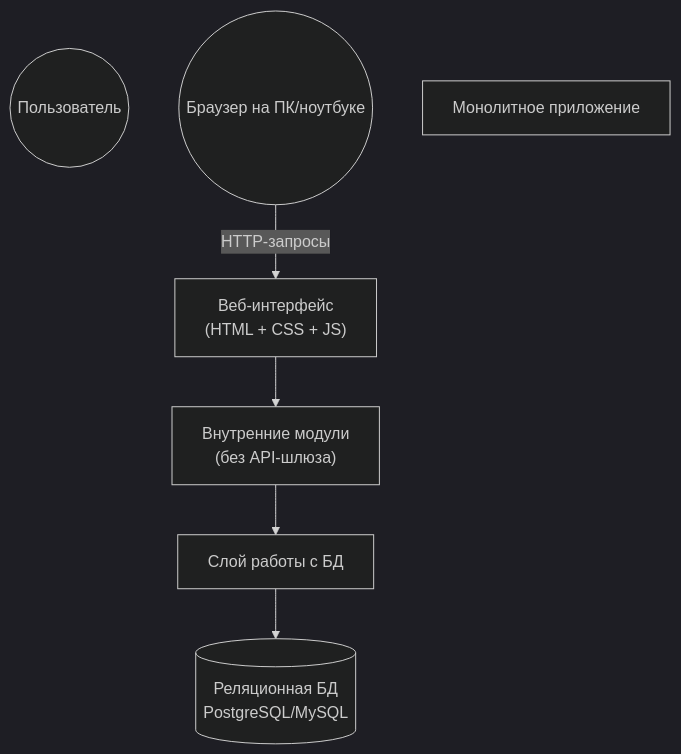
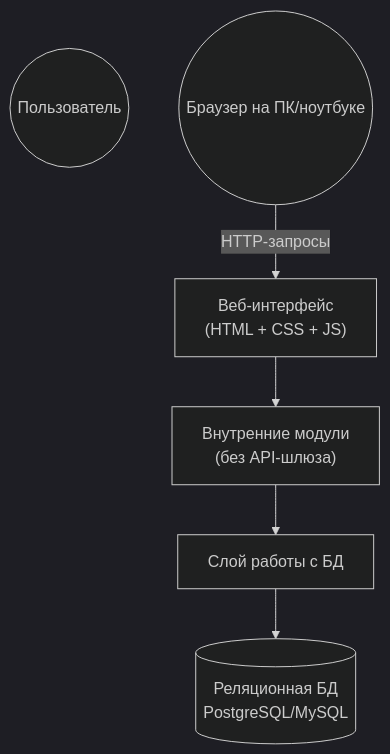
One commit to Par3431/Projectirovanie_IS changed the diagram in diagramm.md. Above: the diagram before and after it, drawn with Mermaid (dark theme).

````diff
--- a/diagramm.md
+++ b/diagramm.md
@@ -3,18 +3,17 @@
 ```mermaid
 flowchart TD
     User(("Пользователь"))
     User2(("Браузер на ПК/ноутбуке"))
 
-    Monolith["Монолитное приложение"]
     WebUI["Веб-интерфейс\n(HTML + CSS + JS)"]
     API["Внутренние модули\n(без API-шлюза)"]
     DB_Layer["Слой работы с БД"]
     
 
     DB[("Реляционная БД\nPostgreSQL/MySQL")]
 
     User2 -- "HTTP-запросы" --> WebUI
     WebUI --> API
     API --> DB_Layer
     DB_Layer --> DB
 ```
````
